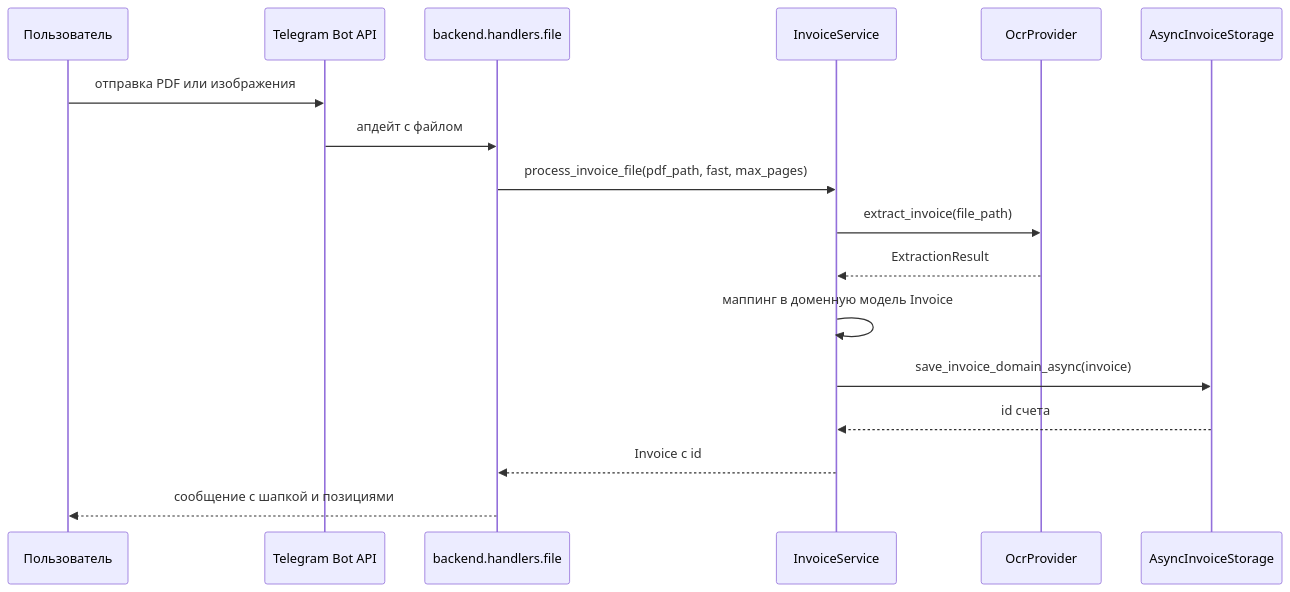
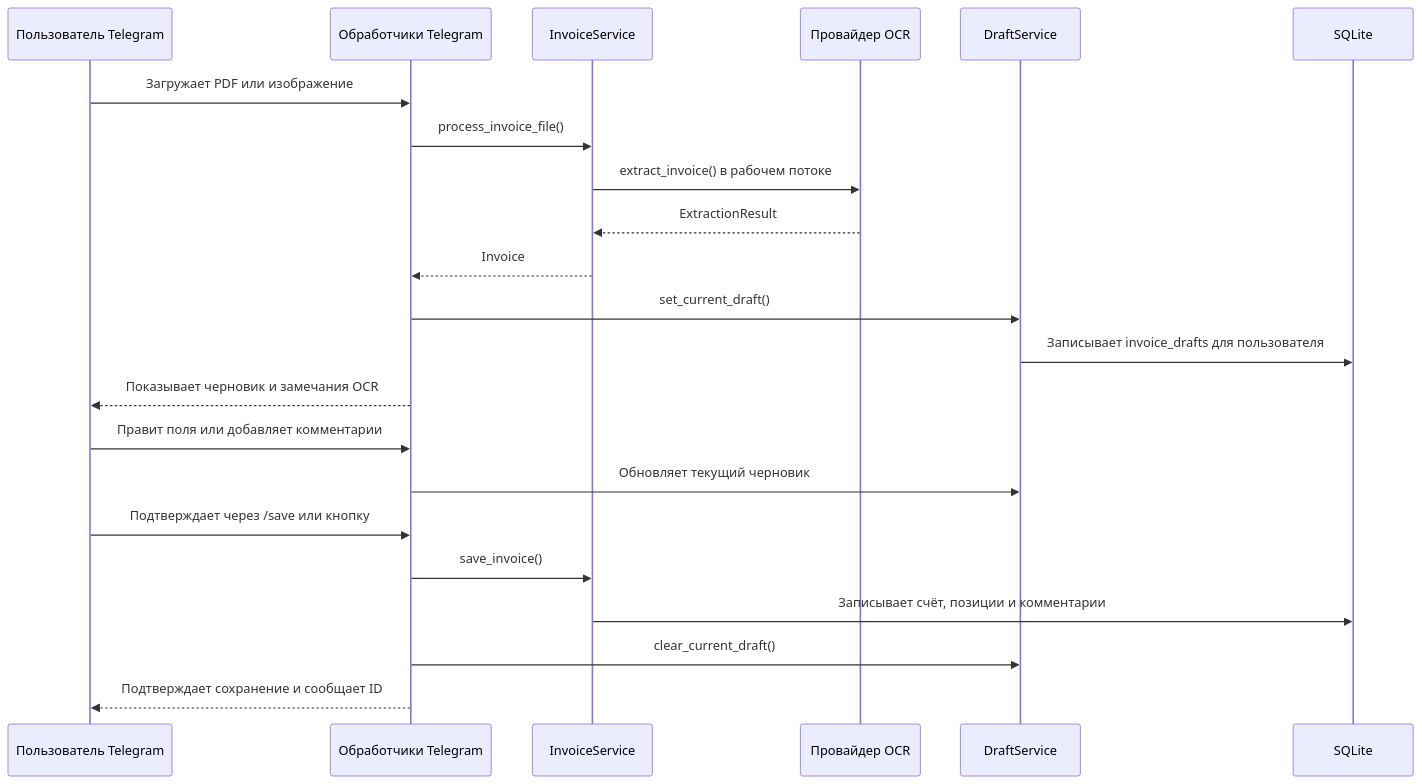
One commit to AmaLS367/InvoiceFlowBot changed the second of 2 diagrams in docs/ru/architecture.md. Above: the diagram before and after it, drawn with Mermaid. The commit also changed other lines of this file and 37 other files, not shown here.

````diff
--- a/docs/ru/architecture.md
+++ b/docs/ru/architecture.md
@@ -67,20 +67,25 @@
 ```mermaid
 sequenceDiagram
-    participant User as Пользователь
-    participant TG as Telegram Bot API
-    participant H as backend.handlers.file
-    participant S as InvoiceService
-    participant O as OcrProvider
-    participant ST as AsyncInvoiceStorage
+    participant User as Пользователь Telegram
+    participant H as Обработчики Telegram
+    participant I as InvoiceService
+    participant O as Провайдер OCR
+    participant D as DraftService
+    participant DB as SQLite
 
-    User->>TG: отправка PDF или изображения
-    TG->>H: апдейт с файлом
-    H->>S: process_invoice_file(pdf_path, fast, max_pages)
-    S->>O: extract_invoice(file_path)
-    O-->>S: ExtractionResult
-    S->>S: маппинг в доменную модель Invoice
-    S->>ST: save_invoice_domain_async(invoice)
-    ST-->>S: id счета
-    S-->>H: Invoice с id
-    H-->>User: сообщение с шапкой и позициями
+    User->>H: Загружает PDF или изображение
+    H->>I: process_invoice_file()
+    I->>O: extract_invoice() в рабочем потоке
+    O-->>I: ExtractionResult
+    I-->>H: Invoice
+    H->>D: set_current_draft()
+    D->>DB: Записывает invoice_drafts для пользователя
+    H-->>User: Показывает черновик и замечания OCR
+    User->>H: Правит поля или добавляет комментарии
+    H->>D: Обновляет текущий черновик
+    User->>H: Подтверждает через /save или кнопку
+    H->>I: save_invoice()
+    I->>DB: Записывает счёт, позиции и комментарии
+    H->>D: clear_current_draft()
+    H-->>User: Подтверждает сохранение и сообщает ID
 ```
````
